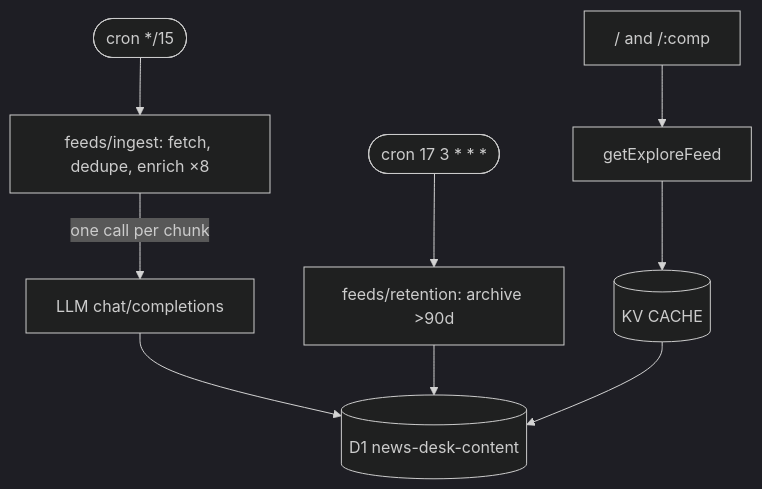
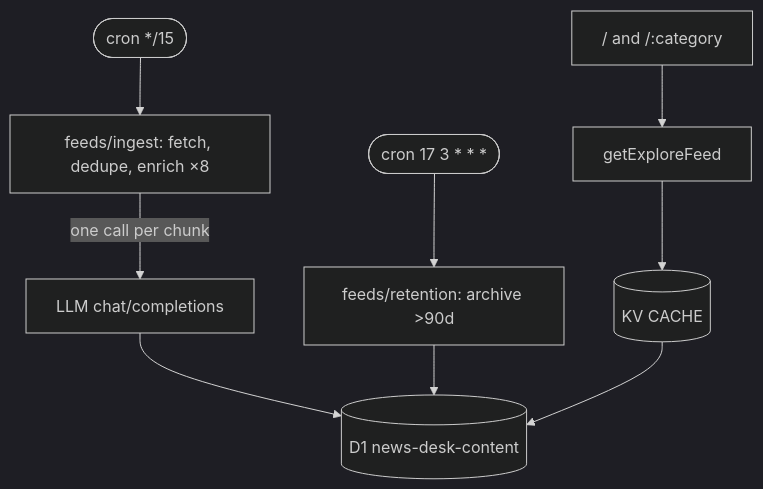
One commit to youming-ai/umuo changed the diagram in README.md. Above: the diagram before and after it, drawn with Mermaid (dark theme). The commit also changed other lines of this file and 49 other files, not shown here.

````diff
--- a/README.md
+++ b/README.md
@@ -71,9 +71,9 @@
 ```mermaid
 graph TD
   Cron@{ shape: stadium, label: "cron */15" } --> Ingest[feeds/ingest: fetch, dedupe, enrich ×8]
   Ingest -->|one call per chunk| LLM[LLM chat/completions]
   LLM --> D1[(D1 news-desk-content)]
   Sweep@{ shape: stadium, label: "cron 17 3 * * *" } --> Retention[feeds/retention: archive >90d]
   Retention --> D1
-  Home["/ and /:comp"] --> Explore[getExploreFeed] --> KV1[(KV CACHE)] --> D1
+  Home["/ and /:category"] --> Explore[getExploreFeed] --> KV1[(KV CACHE)] --> D1
 ```
````
